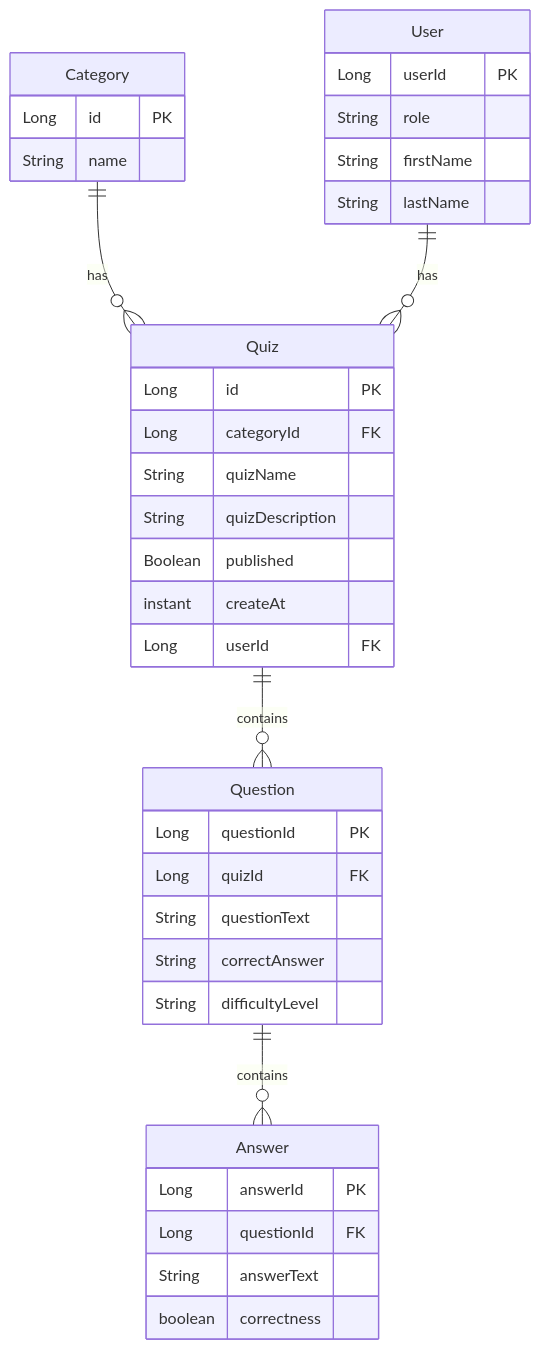
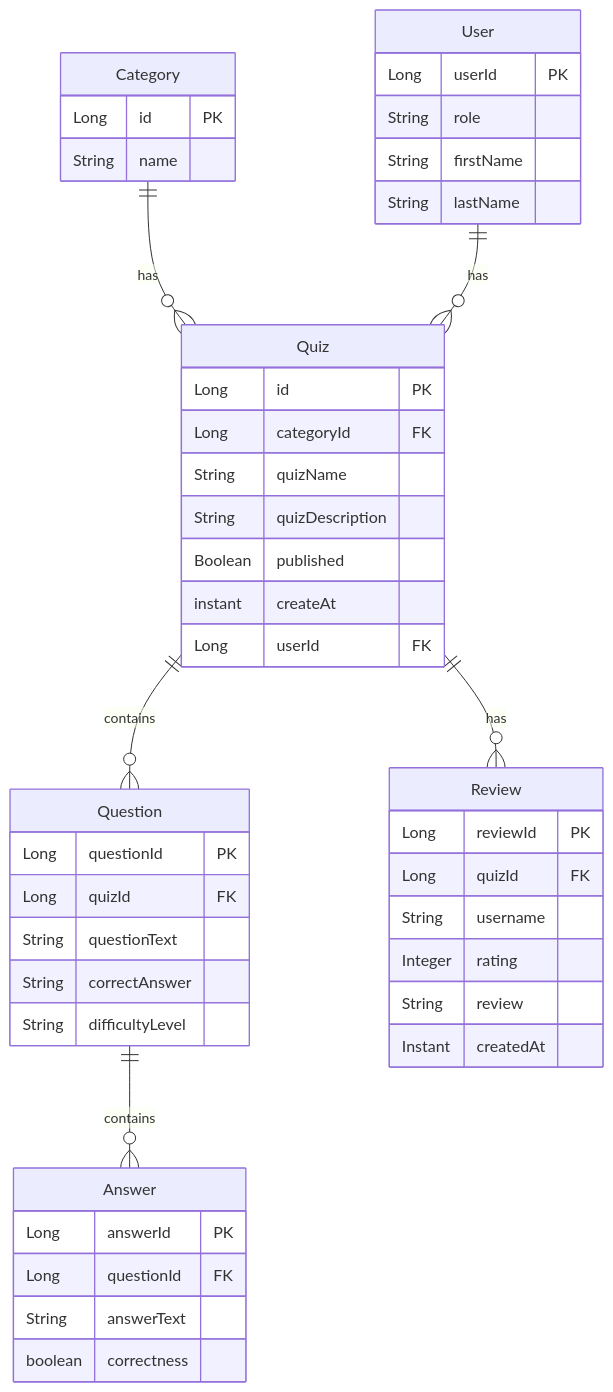
Before and after one commit to software-development-project-1/project-template: the second of 2 diagrams in README.md, drawn with Mermaid. The commit also changed other lines of this file, not shown here.

````diff
--- a/README.md
+++ b/README.md
@@ -129,40 +129,48 @@
 ```mermaid
 erDiagram
     Category ||--o{ Quiz : has
     Category {
         Long id PK
         String name
     }
     Quiz ||--o{ Question : contains
     Quiz {
         Long id PK
         Long categoryId FK
         String quizName
         String quizDescription
         Boolean published
         instant createAt
         Long userId FK
     }
     User ||--o{ Quiz : has
     User {
         Long userId PK
         String role
         String firstName
         String lastName
     }
     Question {
         Long questionId PK
         Long quizId FK
         String questionText
         String correctAnswer
         String difficultyLevel
     }
     Question ||--o{ Answer : contains
     Answer{
         Long answerId PK
         Long questionId FK
         String answerText
         boolean correctness
     }
-
+    Quiz ||--o{ Review : has
+    Review{
+        Long reviewId PK
+        Long quizId FK
+        String username
+        Integer rating
+        String review
+        Instant createdAt
+    }
 ```
````
